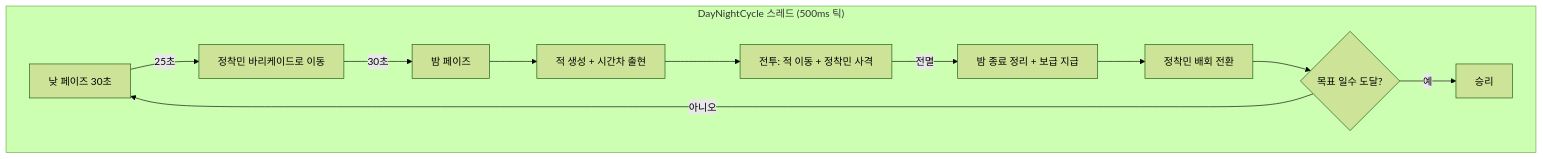
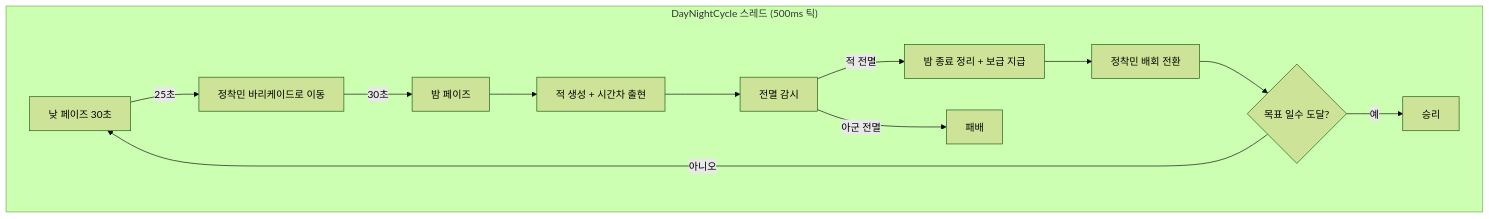
One commit to weweweme/teamnova_basic_class changed diagram 11 of 13 in week6/CLAUDE.md. Above: the diagram before and after it, drawn with Mermaid (forest theme). The commit also changed other lines of this file and 4 other files, not shown here.

````diff
--- a/week6/CLAUDE.md
+++ b/week6/CLAUDE.md
@@ -507,14 +507,15 @@
 ```mermaid
 graph TD
     subgraph "DayNightCycle 스레드 (500ms 틱)"
         DAY[낮 페이즈 30초] -->|25초| PREPARE[정착민 바리케이드로 이동]
         PREPARE -->|30초| NIGHT[밤 페이즈]
         NIGHT --> SPAWN[적 생성 + 시간차 출현]
-        SPAWN --> BATTLE[전투: 적 이동 + 정착민 사격]
-        BATTLE -->|전멸| REWARD[밤 종료 정리 + 보급 지급]
+        SPAWN --> WATCH[전멸 감시]
+        WATCH -->|적 전멸| REWARD[밤 종료 정리 + 보급 지급]
         REWARD --> WANDER[정착민 배회 전환]
         WANDER --> CHECK{목표 일수 도달?}
         CHECK -->|아니오| DAY
         CHECK -->|예| VICTORY[승리]
+        WATCH -->|아군 전멸| GAMEOVER[패배]
     end
 ```
````
